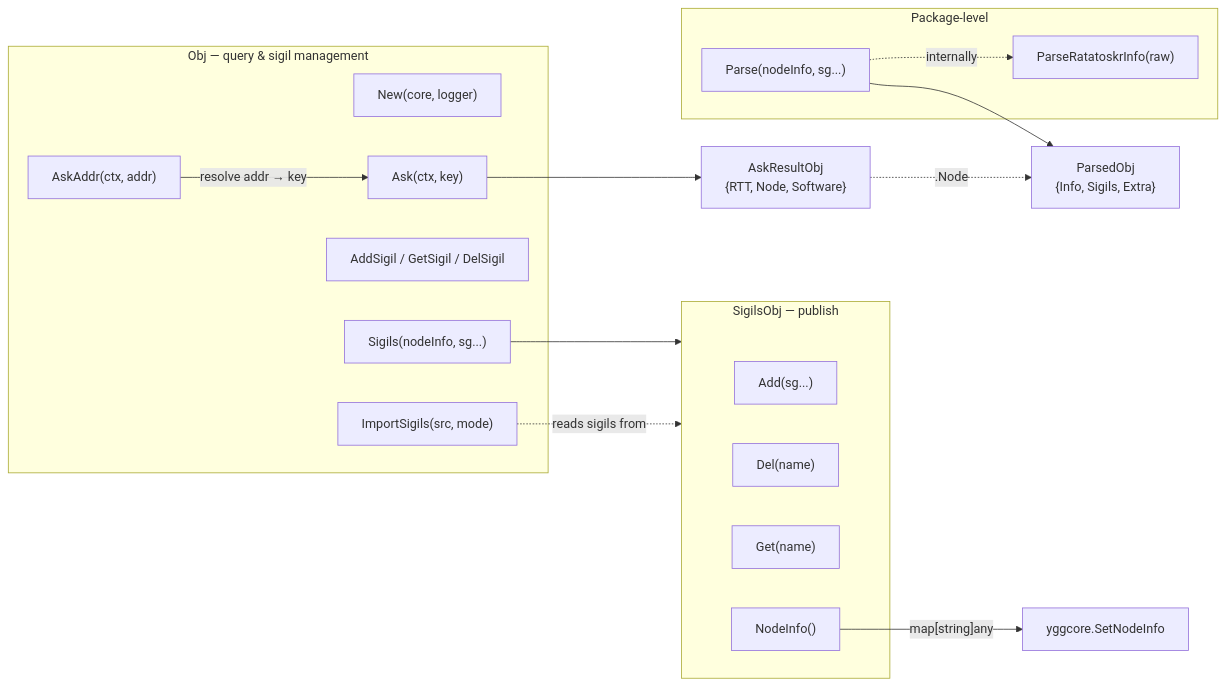
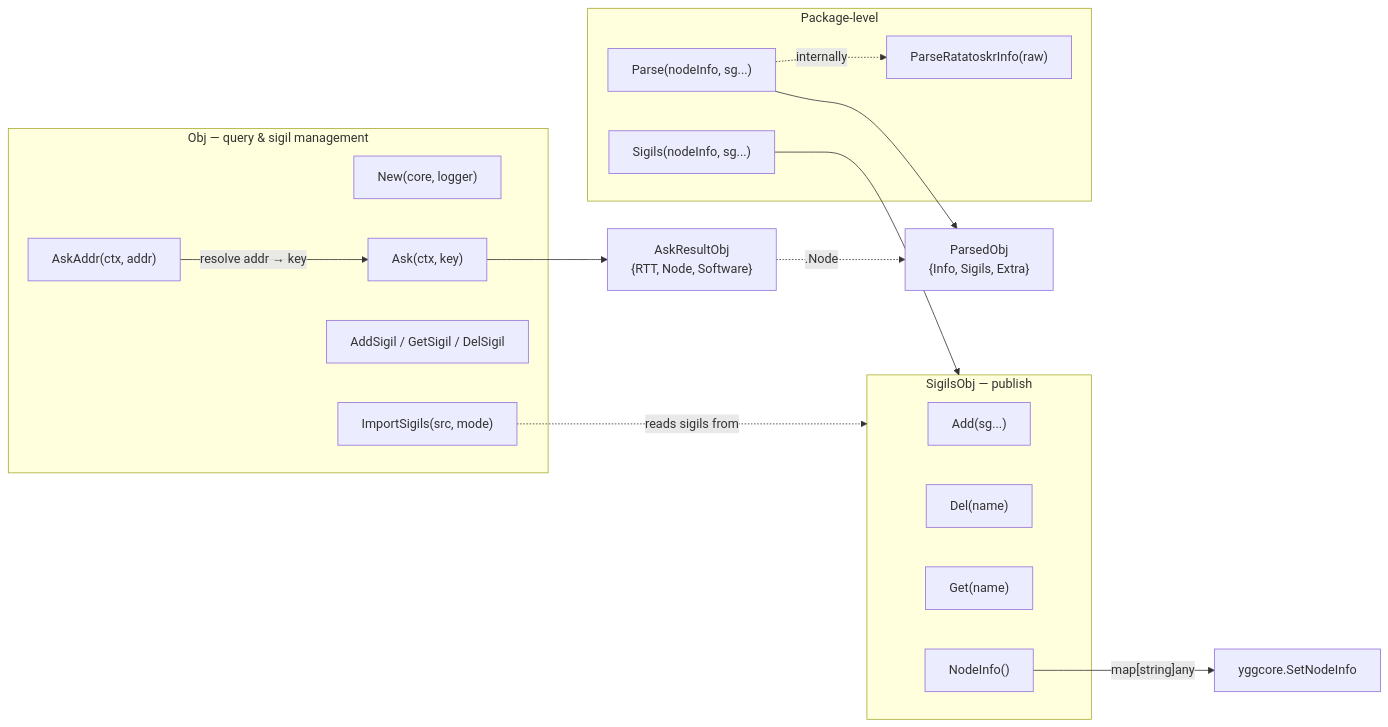
The first of 3 diagrams in mod/ninfo/README.md (voluminor/ratatoskr), drawn with Mermaid before and after one commit. The commit also changed other lines of this file and 3 other files, not shown here.

````diff
--- a/mod/ninfo/README.md
+++ b/mod/ninfo/README.md
@@ -33,35 +33,35 @@
 ```mermaid
 flowchart LR
     subgraph Obj["Obj — query & sigil management"]
         New["New(core, logger)"]
         AskAddr["AskAddr(ctx, addr)"]
         Ask["Ask(ctx, key)"]
         AddSigil["AddSigil / GetSigil / DelSigil"]
         ImportSigils["ImportSigils(src, mode)"]
-        Sigils["Sigils(nodeInfo, sg...)"]
     end
 
     subgraph SO["SigilsObj — publish"]
         Add["Add(sg...)"]
         Del["Del(name)"]
         Get["Get(name)"]
         NodeInfo["NodeInfo()"]
     end
 
     subgraph Free["Package-level"]
+      Sigils["Sigils(nodeInfo, sg...)"]
         Parse["Parse(nodeInfo, sg...)"]
         ParseRI["ParseRatatoskrInfo(raw)"]
     end
 
     AskAddr -->|"resolve addr → key"| Ask
     Ask --> AskResult["AskResultObj\n{RTT, Node, Software}"]
     AskResult -.->|".Node"| ParsedObj["ParsedObj\n{Info, Sigils, Extra}"]
 
     Sigils --> SO
     NodeInfo -->|"map[string]any"| core["yggcore.SetNodeInfo"]
 
     ImportSigils -.->|"reads sigils from"| SO
 
     Parse --> ParsedObj
     Parse -.->|"internally"| ParseRI
 ```
````
